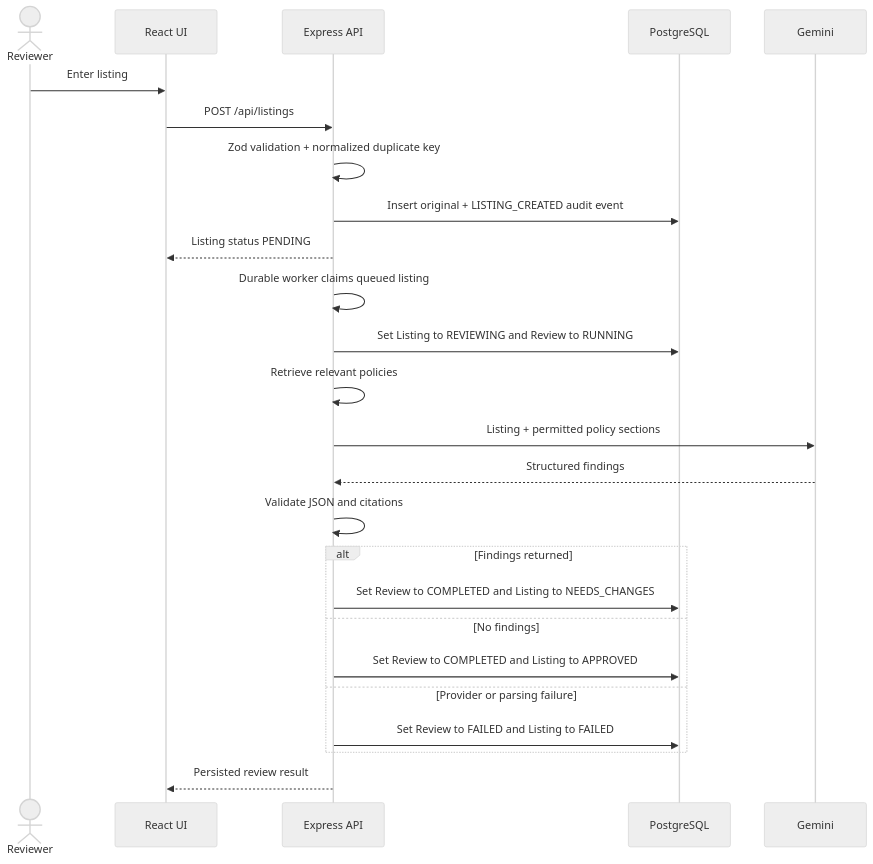
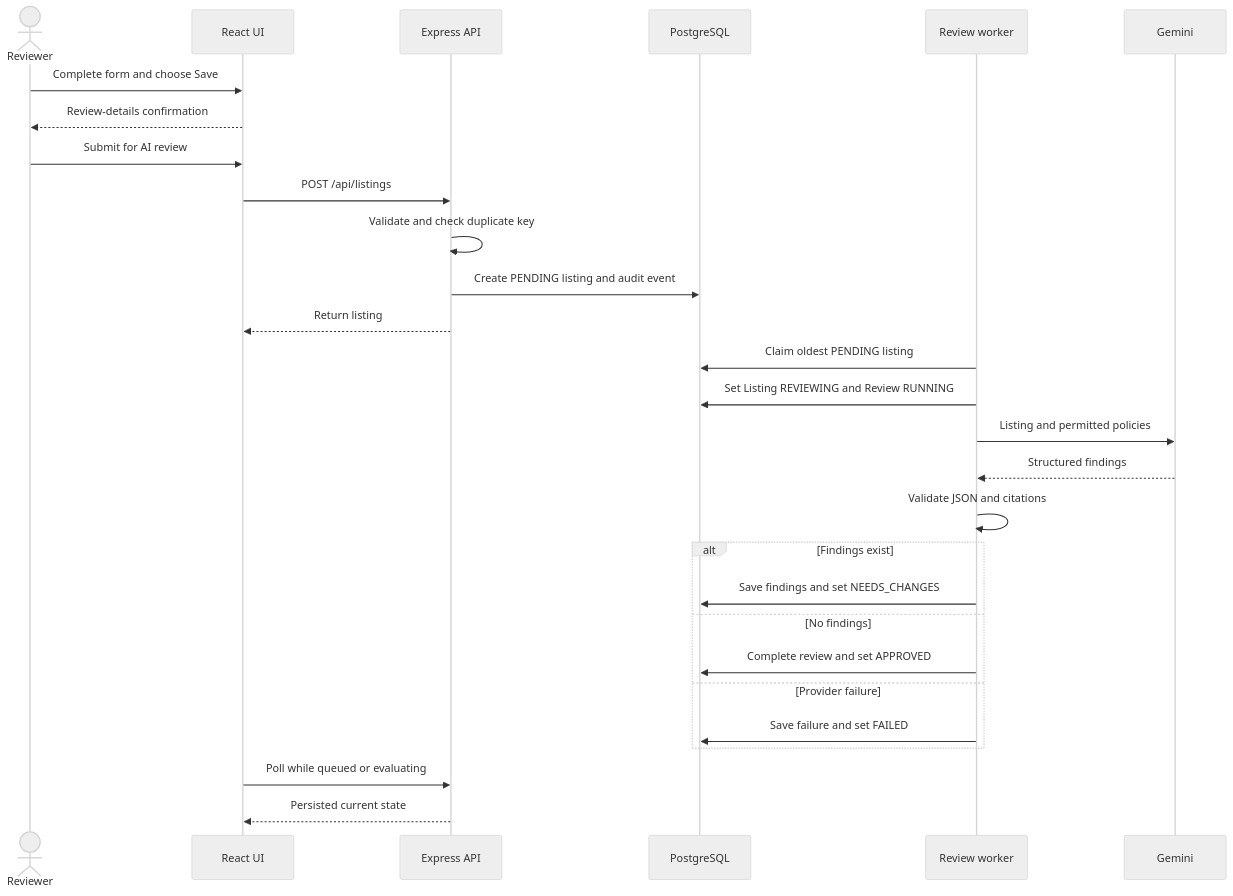
One commit to ashwani-raj1/Aggroso changed the second of 7 diagrams in README.md. Above: the diagram before and after it, drawn with Mermaid (neutral theme). The commit also changed other lines of this file and 6 other files, not shown here.

Commit message:
docs: finalize workflows diagrams and screenshots

````diff
--- a/README.md
+++ b/README.md
@@ -135,27 +148,30 @@
 ```mermaid
 sequenceDiagram
     actor Reviewer
     participant UI as React UI
     participant API as Express API
     participant DB as PostgreSQL
+    participant Worker as Review worker
     participant AI as Gemini
-    Reviewer->>UI: Enter listing
+    Reviewer->>UI: Complete form and choose Save
+    UI-->>Reviewer: Review-details confirmation
+    Reviewer->>UI: Submit for AI review
     UI->>API: POST /api/listings
-    API->>API: Zod validation + normalized duplicate key
-    API->>DB: Insert original + LISTING_CREATED audit event
-    API-->>UI: Listing status PENDING
-    API->>API: Durable worker claims queued listing
-    API->>DB: Set Listing to REVIEWING and Review to RUNNING
-    API->>API: Retrieve relevant policies
-    API->>AI: Listing + permitted policy sections
-    AI-->>API: Structured findings
-    API->>API: Validate JSON and citations
-    alt Findings returned
-        API->>DB: Set Review to COMPLETED and Listing to NEEDS_CHANGES
+    API->>API: Validate and check duplicate key
+    API->>DB: Create PENDING listing and audit event
+    API-->>UI: Return listing
+    Worker->>DB: Claim oldest PENDING listing
+    Worker->>DB: Set Listing REVIEWING and Review RUNNING
+    Worker->>AI: Listing and permitted policies
+    AI-->>Worker: Structured findings
+    Worker->>Worker: Validate JSON and citations
+    alt Findings exist
+        Worker->>DB: Save findings and set NEEDS_CHANGES
     else No findings
-        API->>DB: Set Review to COMPLETED and Listing to APPROVED
-    else Provider or parsing failure
-        API->>DB: Set Review to FAILED and Listing to FAILED
+        Worker->>DB: Complete review and set APPROVED
+    else Provider failure
+        Worker->>DB: Save failure and set FAILED
     end
-    API-->>UI: Persisted review result
+    UI->>API: Poll while queued or evaluating
+    API-->>UI: Persisted current state
 ```
````
